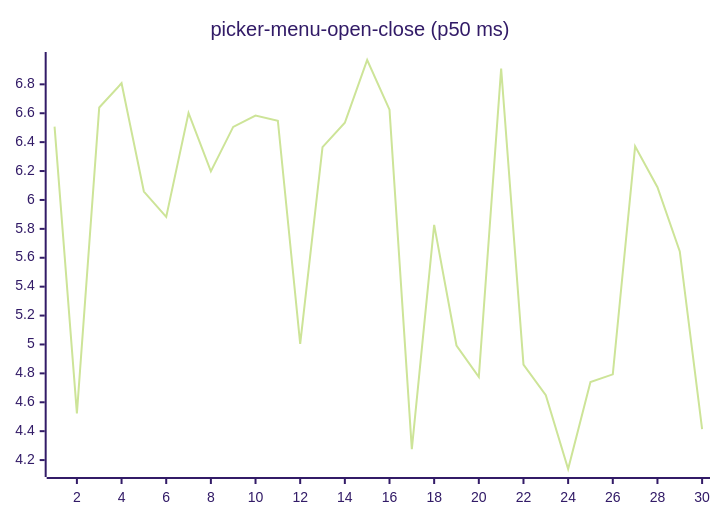
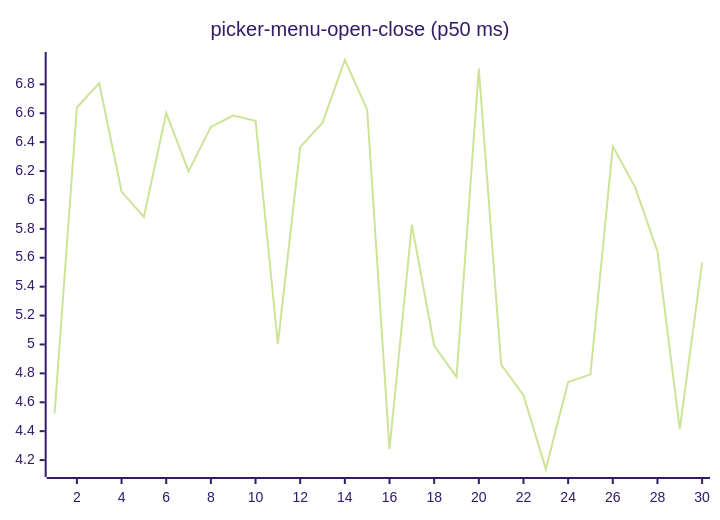
One commit to josha/Facet changed diagram 16 of 27 in README.md. Above: the diagram before and after it, drawn with Mermaid (forest theme). The commit also changed other lines of this file and 2 other files, not shown here.

````diff
--- a/README.md
+++ b/README.md
@@ -168,6 +168,6 @@
 ```mermaid
 xychart-beta
     title "picker-menu-open-close (p50 ms)"
     x-axis 1 --> 30
-    line [6.5076, 4.5232, 6.6400, 6.8077, 6.0581, 5.8829, 6.6018, 6.1978, 6.5053, 6.5840, 6.5483, 5.0039, 6.3653, 6.5343, 6.9684, 6.6249, 4.2762, 5.8275, 4.9929, 4.7749, 6.9094, 4.8605, 4.6493, 4.1383, 4.7397, 4.7934, 6.3713, 6.0885, 5.6440, 4.4145]
+    line [4.5232, 6.6400, 6.8077, 6.0581, 5.8829, 6.6018, 6.1978, 6.5053, 6.5840, 6.5483, 5.0039, 6.3653, 6.5343, 6.9684, 6.6249, 4.2762, 5.8275, 4.9929, 4.7749, 6.9094, 4.8605, 4.6493, 4.1383, 4.7397, 4.7934, 6.3713, 6.0885, 5.6440, 4.4145, 5.5656]
 ```
````
